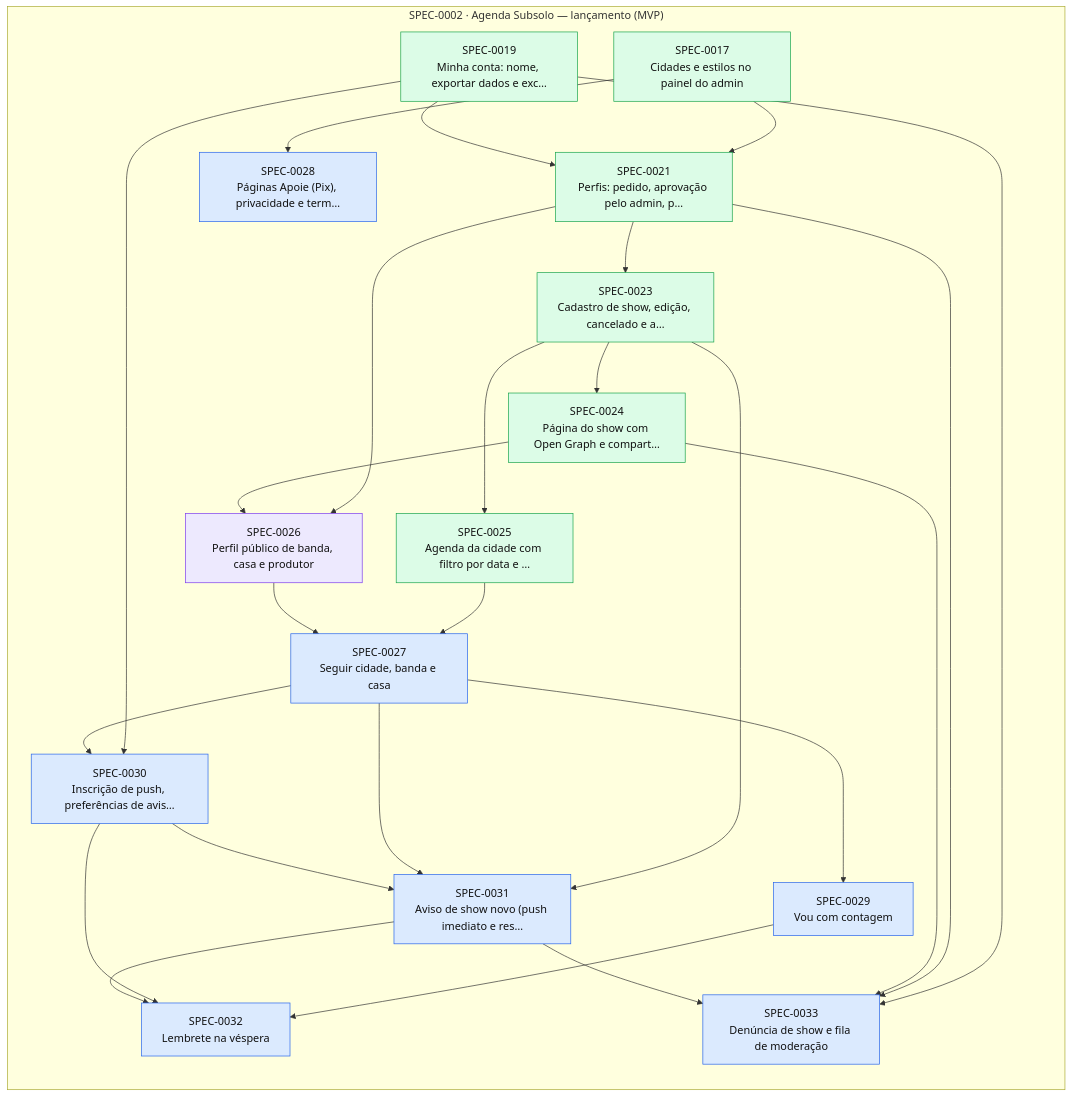
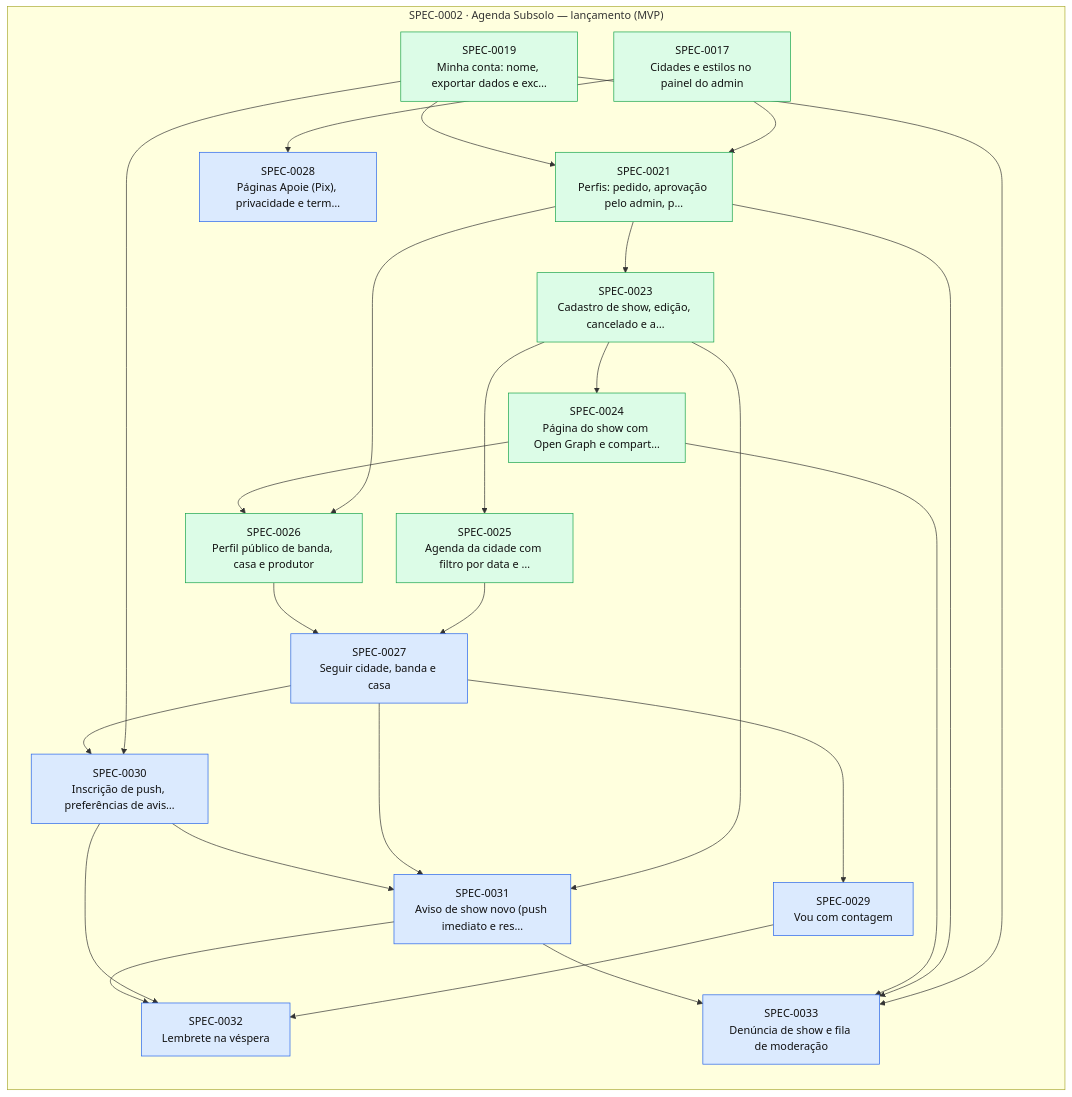
Before and after one commit to thomasravache/subsolo: the diagram in docs/specs/INDEX.md, drawn with Mermaid. The commit also changed other lines of this file and 4 other files, not shown here.

````diff
--- a/docs/specs/INDEX.md
+++ b/docs/specs/INDEX.md
@@ -73,47 +72,47 @@
 ```mermaid
 flowchart LR
   subgraph E0002["SPEC-0002 · Agenda Subsolo — lançamento (MVP)"]
     S0017["SPEC-0017<br/>Cidades e estilos no painel do admin"]:::implemented
     S0019["SPEC-0019<br/>Minha conta: nome, exportar dados e exc…"]:::implemented
     S0021["SPEC-0021<br/>Perfis: pedido, aprovação pelo admin, p…"]:::implemented
     S0023["SPEC-0023<br/>Cadastro de show, edição, cancelado e a…"]:::implemented
     S0024["SPEC-0024<br/>Página do show com Open Graph e compart…"]:::implemented
     S0025["SPEC-0025<br/>Agenda da cidade com filtro por data e …"]:::implemented
-    S0026["SPEC-0026<br/>Perfil público de banda, casa e produtor"]:::inprogress
+    S0026["SPEC-0026<br/>Perfil público de banda, casa e produtor"]:::implemented
     S0027["SPEC-0027<br/>Seguir cidade, banda e casa"]:::approved
     S0028["SPEC-0028<br/>Páginas Apoie (Pix), privacidade e term…"]:::approved
     S0029["SPEC-0029<br/>Vou com contagem"]:::approved
     S0030["SPEC-0030<br/>Inscrição de push, preferências de avis…"]:::approved
     S0031["SPEC-0031<br/>Aviso de show novo (push imediato e res…"]:::approved
     S0032["SPEC-0032<br/>Lembrete na véspera"]:::approved
     S0033["SPEC-0033<br/>Denúncia de show e fila de moderação"]:::approved
   end
   S0017 --> S0021
   S0019 --> S0021
   S0021 --> S0023
   S0023 --> S0024
   S0023 --> S0025
   S0021 --> S0026
   S0024 --> S0026
   S0025 --> S0027
   S0026 --> S0027
   S0017 --> S0028
   S0027 --> S0029
   S0019 --> S0030
   S0027 --> S0030
   S0023 --> S0031
   S0027 --> S0031
   S0030 --> S0031
   S0029 --> S0032
   S0030 --> S0032
   S0031 --> S0032
   S0019 --> S0033
   S0021 --> S0033
   S0024 --> S0033
   S0031 --> S0033
   classDef proposed fill:#fef3c7,stroke:#d97706,color:#111
   classDef approved fill:#dbeafe,stroke:#2563eb,color:#111
   classDef inprogress fill:#ede9fe,stroke:#7c3aed,color:#111
   classDef implemented fill:#dcfce7,stroke:#16a34a,color:#111
   classDef deprecated fill:#f3f4f6,stroke:#9ca3af,color:#6b7280
 ```
````
